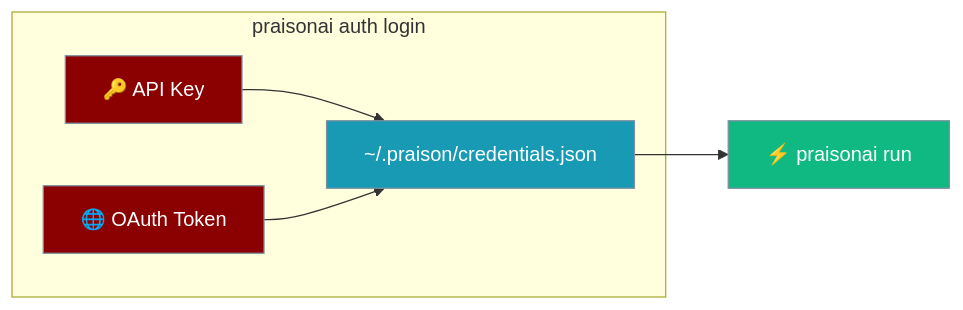
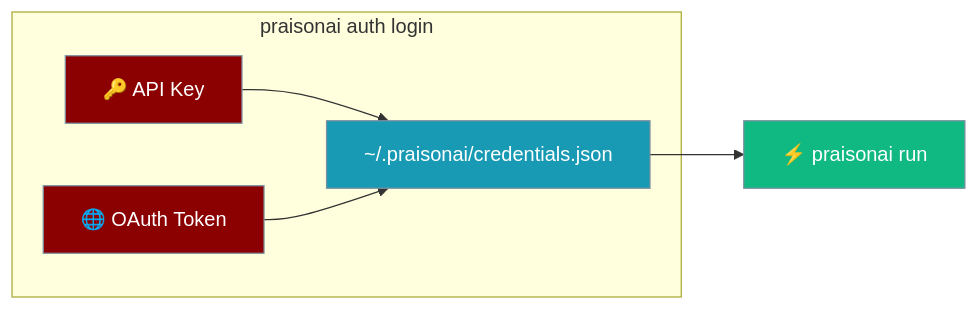
The first of 3 diagrams in docs/cli/auth.mdx (MervinPraison/PraisonAIDocs), drawn with Mermaid before and after one commit. The commit also changed other lines of this file and 3 other files, not shown here.

Commit message:
docs: update credential store to canonical ~/.praisonai/credentials.json (fixes #1660)

````diff
--- a/docs/cli/auth.mdx
+++ b/docs/cli/auth.mdx
@@ -10,16 +10,16 @@
 ```mermaid
 graph LR
     subgraph "praisonai auth login"
-        A[🔑 API Key] --> C[~/.praison/credentials.json]
+        A[🔑 API Key] --> C[~/.praisonai/credentials.json]
         B[🌐 OAuth Token] --> C
     end
     C --> D[⚡ praisonai run]
 
     classDef input fill:#8B0000,stroke:#7C90A0,color:#fff
     classDef store fill:#189AB4,stroke:#7C90A0,color:#fff
     classDef run fill:#10B981,stroke:#7C90A0,color:#fff
 
     class A,B input
     class C store
     class D run
 ```
````
